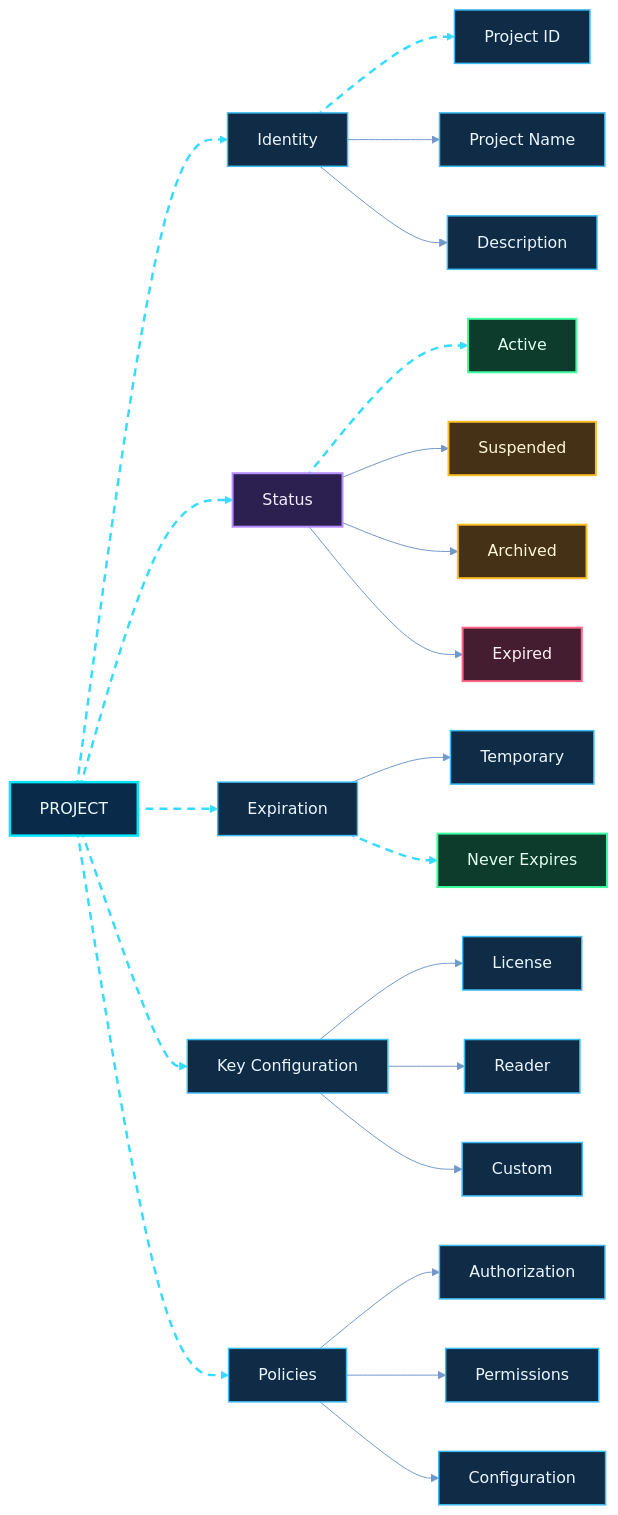
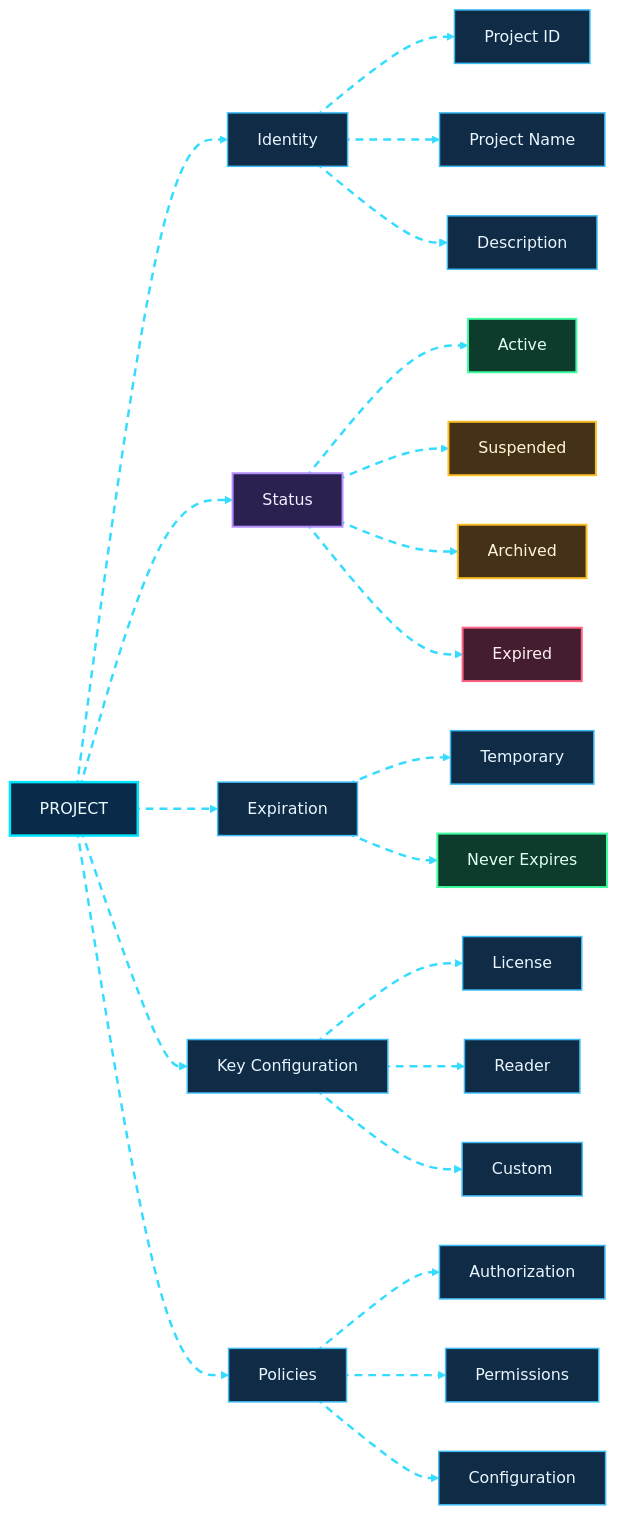
Before and after one commit to shajeduzzamanenan992008inc/NexOra-Database-key-Gen: the sixth of 23 diagrams in README.md, drawn with Mermaid. The commit also changed other lines of this file and 484 other files, not shown here.

````diff
--- a/README.md
+++ b/README.md
@@ -694,50 +727,56 @@
 ```mermaid
+
 %%{init: {"theme":"base","themeVariables":{"darkMode":true,"background":"#07111f","primaryColor":"#102744","primaryTextColor":"#e8f7ff","primaryBorderColor":"#00d9ff","lineColor":"#7297c8","secondaryColor":"#261d45","secondaryTextColor":"#f3eaff","secondaryBorderColor":"#a78bfa","tertiaryColor":"#12332b","tertiaryTextColor":"#e0fff1","tertiaryBorderColor":"#41e6a2","fontFamily":"Inter, Segoe UI, sans-serif","edgeLabelBackground":"#101d34","mainBkg":"#102744","nodeBorder":"#00d9ff","clusterBkg":"#0b1930","clusterBorder":"#6f7dff","actorBkg":"#102744","actorBorder":"#00d9ff","actorTextColor":"#e8f7ff","signalColor":"#64d8ff","signalTextColor":"#e8f7ff","noteBkgColor":"#0e332b","noteBorderColor":"#41e6a2","noteTextColor":"#e0fff1"}}}%%
 flowchart LR
     PJ["PROJECT"] nx06e01@--> ID["Identity"]
     PJ nx06e02@--> ST["Status"]
     PJ nx06e03@--> EX["Expiration"]
     PJ nx06e04@--> KC["Key Configuration"]
     PJ nx06e05@--> PO["Policies"]
 
     ID nx06e06@--> ID1["Project ID"]
-    ID --> ID2["Project Name"]
-    ID --> ID3["Description"]
+    ID nx06e09@--> ID2["Project Name"]
+    ID nx06e10@--> ID3["Description"]
 
     ST nx06e07@--> ST1["Active"]
-    ST --> ST2["Suspended"]
-    ST --> ST3["Archived"]
-    ST --> ST4["Expired"]
+    ST nx06e11@--> ST2["Suspended"]
+    ST nx06e12@--> ST3["Archived"]
+    ST nx06e13@--> ST4["Expired"]
 
-    EX --> EX1["Temporary"]
+    EX nx06e14@--> EX1["Temporary"]
     EX nx06e08@--> EX2["Never Expires"]
 
-    KC --> KC1["License"]
-    KC --> KC2["Reader"]
-    KC --> KC3["Custom"]
+    KC nx06e15@--> KC1["License"]
+    KC nx06e16@--> KC2["Reader"]
+    KC nx06e17@--> KC3["Custom"]
 
-    PO --> PO1["Authorization"]
-    PO --> PO2["Permissions"]
-    PO --> PO3["Configuration"]
+    PO nx06e18@--> PO1["Authorization"]
+    PO nx06e19@--> PO2["Permissions"]
+    PO nx06e20@--> PO3["Configuration"]
 
-    %% OMEGA NEX-ORA visual classes
     %% OMEGA NEX-ORA / ULTRA NEON PALETTE
     classDef nxCore fill:#092b49,stroke:#00e5ff,stroke-width:2.5px,color:#e9fbff;
     classDef nxProcess fill:#102b45,stroke:#3dbcf5,stroke-width:1.5px,color:#e9f6ff;
     classDef nxDecision fill:#2b2050,stroke:#b38cff,stroke-width:2px,color:#f3edff;
     classDef nxSuccess fill:#0d3b2c,stroke:#3fffa0,stroke-width:2px,color:#e0fff0;
     classDef nxDanger fill:#451d30,stroke:#ff6688,stroke-width:2px,color:#fff0f3;
     classDef nxData fill:#12352d,stroke:#63e6be,stroke-width:2px,color:#e1fff5;
     classDef nxExternal fill:#2b2149,stroke:#c4a5ff,stroke-width:2px,color:#f3ecff;
     classDef nxInfo fill:#17253e,stroke:#91a7c9,stroke-width:1.5px,color:#e5efff;
     classDef nxWarning fill:#453116,stroke:#fbbf24,stroke-width:2px,color:#fff6d6;
-    %% Moving dashed route: Mermaid applies this class to explicitly identified edges.
-    classDef nxAnimated stroke:#35dcff,stroke-width:2.5px,stroke-dasharray:8\,6,stroke-dashoffset:1000,animation:dash 24s linear infinite;
+
+    %% Continuous moving neon animation
+    classDef nxAnimated stroke:#35dcff,stroke-width:2.5px,stroke-dasharray:8\,6,stroke-dashoffset:1000,animation:dash 18s linear infinite;
+
+    %% Node styling
     class PJ nxCore;
     class ID,EX,KC,PO,ID1,ID2,ID3,EX1,KC1,KC2,KC3,PO1,PO2,PO3 nxProcess;
     class ST nxDecision;
     class ST1,EX2 nxSuccess;
     class ST2,ST3 nxWarning;
     class ST4 nxDanger;
-    class nx06e01,nx06e02,nx06e03,nx06e04,nx06e05,nx06e06,nx06e07,nx06e08 nxAnimated;
+
+    %% ALL 20 CONNECTIONS ANIMATED
+    class nx06e01,nx06e02,nx06e03,nx06e04,nx06e05,nx06e06,nx06e07,nx06e08,nx06e09,nx06e10,nx06e11,nx06e12,nx06e13,nx06e14,nx06e15,nx06e16,nx06e17,nx06e18,nx06e19,nx06e20 nxAnimated;
+
 ```
````
